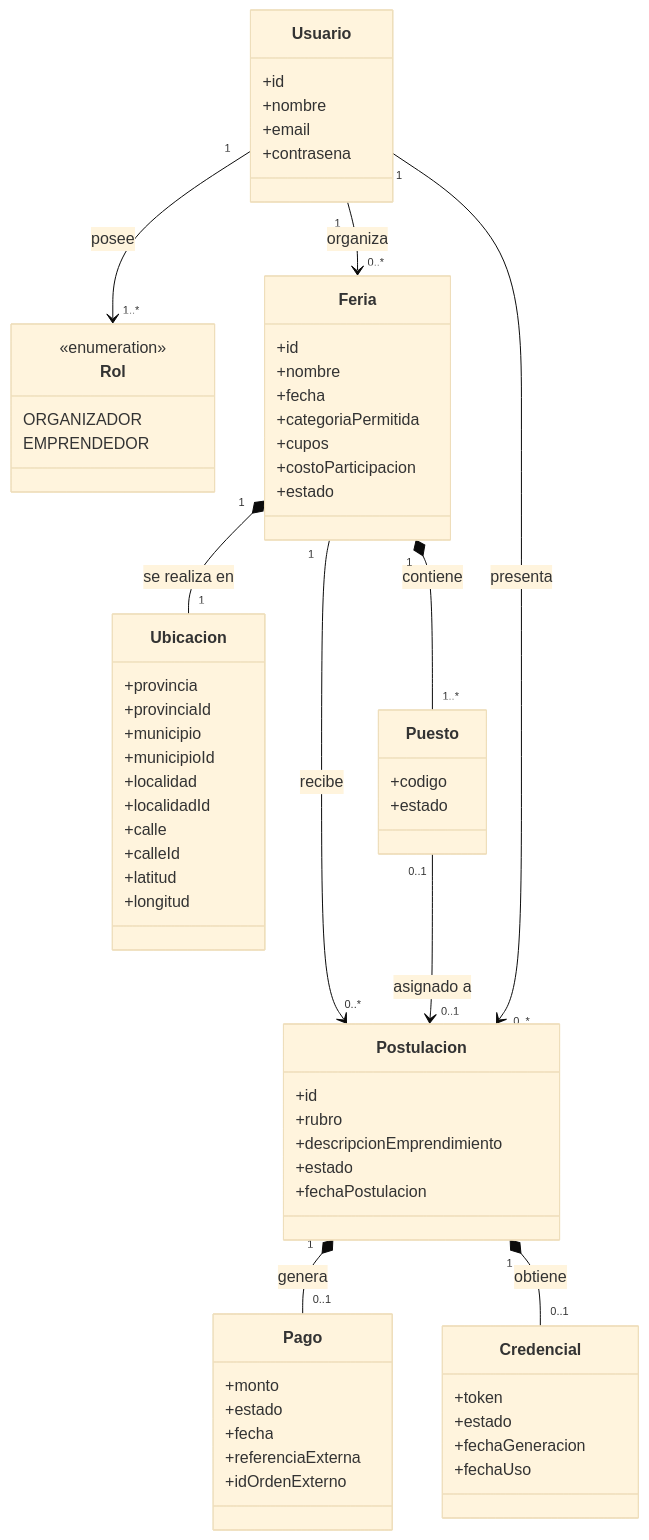
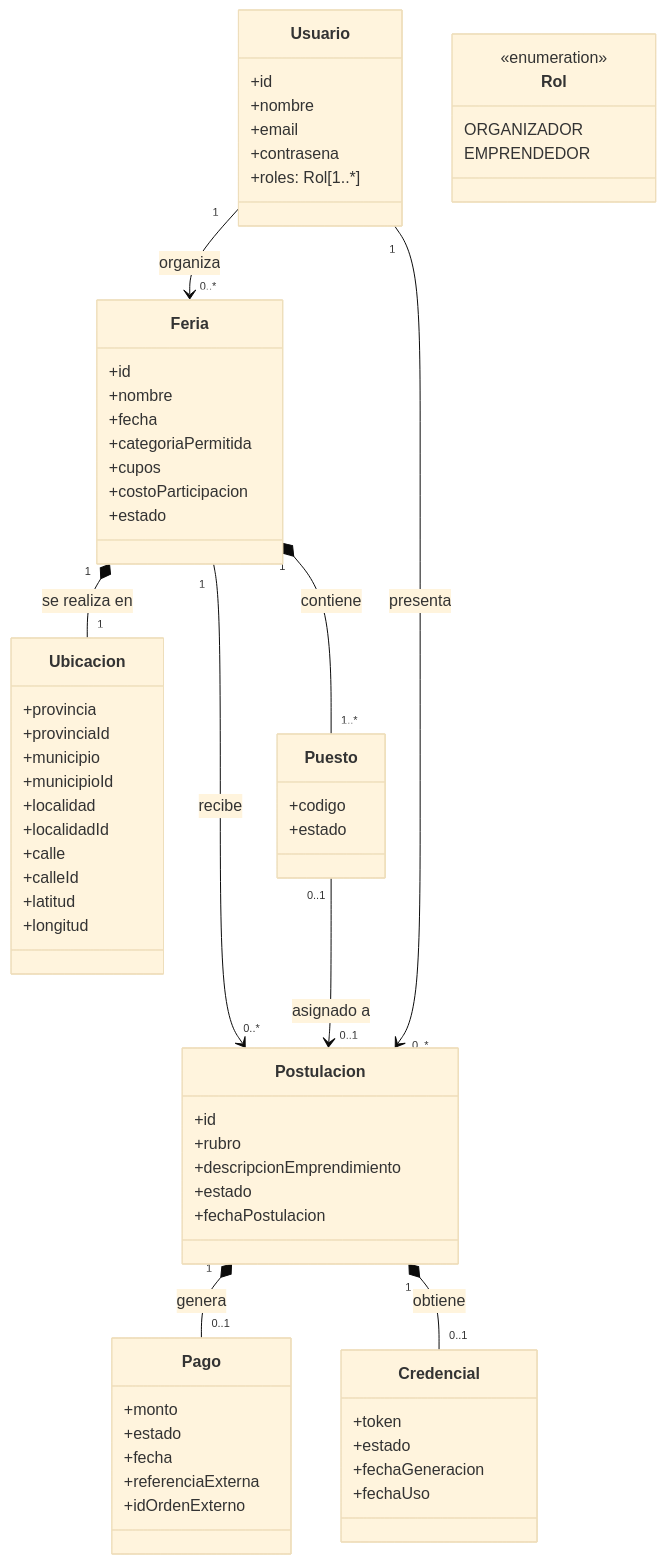
One commit to isierra93/FeriaConecta changed the diagram in database/diagrama-er.md. Above: the diagram before and after it, drawn with Mermaid (base theme). The commit also changed other lines of this file, not shown here.

Commit message:
docs: actualiza diagrama entidad-relación para incluir la relación entre Usuario y Rol

````diff
--- a/database/diagrama-er.md
+++ b/database/diagrama-er.md
@@ -5,76 +5,76 @@
 ```mermaid
 classDiagram
     class Usuario {
         +id
         +nombre
         +email
         +contrasena
+        +roles: Rol[1..*]
     }
 
     class Rol {
         <<enumeration>>
         ORGANIZADOR
         EMPRENDEDOR
     }
 
     class Feria {
         +id
         +nombre
         +fecha
         +categoriaPermitida
         +cupos
         +costoParticipacion
         +estado
     }
 
     class Ubicacion {
         +provincia
         +provinciaId
         +municipio
         +municipioId
         +localidad
         +localidadId
         +calle
         +calleId
         +latitud
         +longitud
     }
 
     class Postulacion {
         +id
         +rubro
         +descripcionEmprendimiento
         +estado
         +fechaPostulacion
     }
 
     class Pago {
         +monto
         +estado
         +fecha
         +referenciaExterna
         +idOrdenExterno
     }
 
     class Credencial {
         +token
         +estado
         +fechaGeneracion
         +fechaUso
     }
 
     class Puesto {
         +codigo
         +estado
     }
 
-    Usuario "1" --> "1..*" Rol : posee
     Usuario "1" --> "0..*" Feria : organiza
     Usuario "1" --> "0..*" Postulacion : presenta
     Feria "1" *-- "1" Ubicacion : se realiza en
     Feria "1" --> "0..*" Postulacion : recibe
     Postulacion "1" *-- "0..1" Pago : genera
     Postulacion "1" *-- "0..1" Credencial : obtiene
     Feria "1" *-- "1..*" Puesto : contiene
     Puesto "0..1" --> "0..1" Postulacion : asignado a
 ```
````
